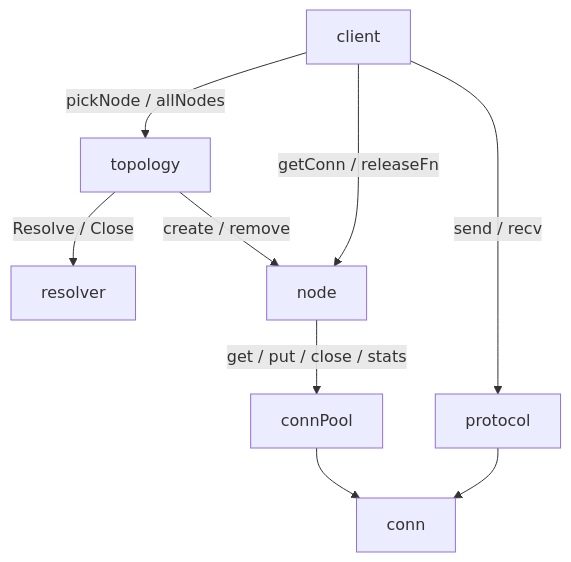
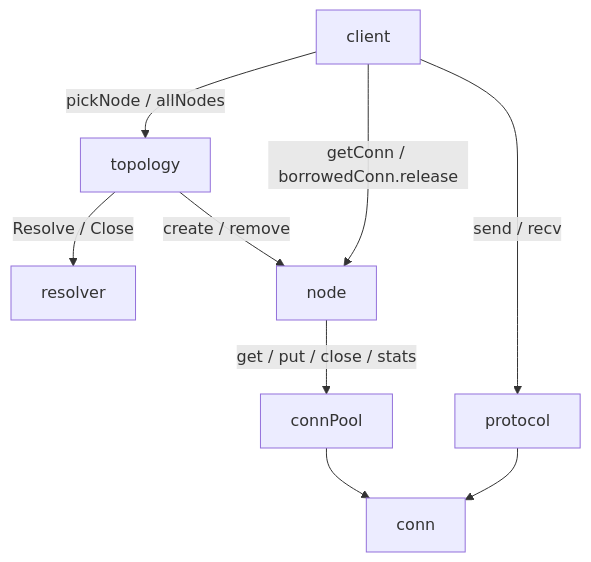
Before and after one commit to yeqown/memcached: the diagram in docs/topology.md, drawn with Mermaid. The commit also changed other lines of this file and 16 other files, not shown here.

````diff
--- a/docs/topology.md
+++ b/docs/topology.md
@@ -7,11 +7,11 @@
 ```mermaid
 flowchart TD
     Client[client] -->|pickNode / allNodes| Topology[topology]
     Topology -->|Resolve / Close| Resolver[resolver]
     Topology -->|create / remove| Node[node]
-    Client -->|getConn / releaseFn| Node
+    Client -->|getConn / borrowedConn.release| Node
     Node -->|get / put / close / stats| Pool[connPool]
     Pool --> Conn[conn]
     Client -->|send / recv| Protocol[protocol]
     Protocol --> Conn
 ```
````
